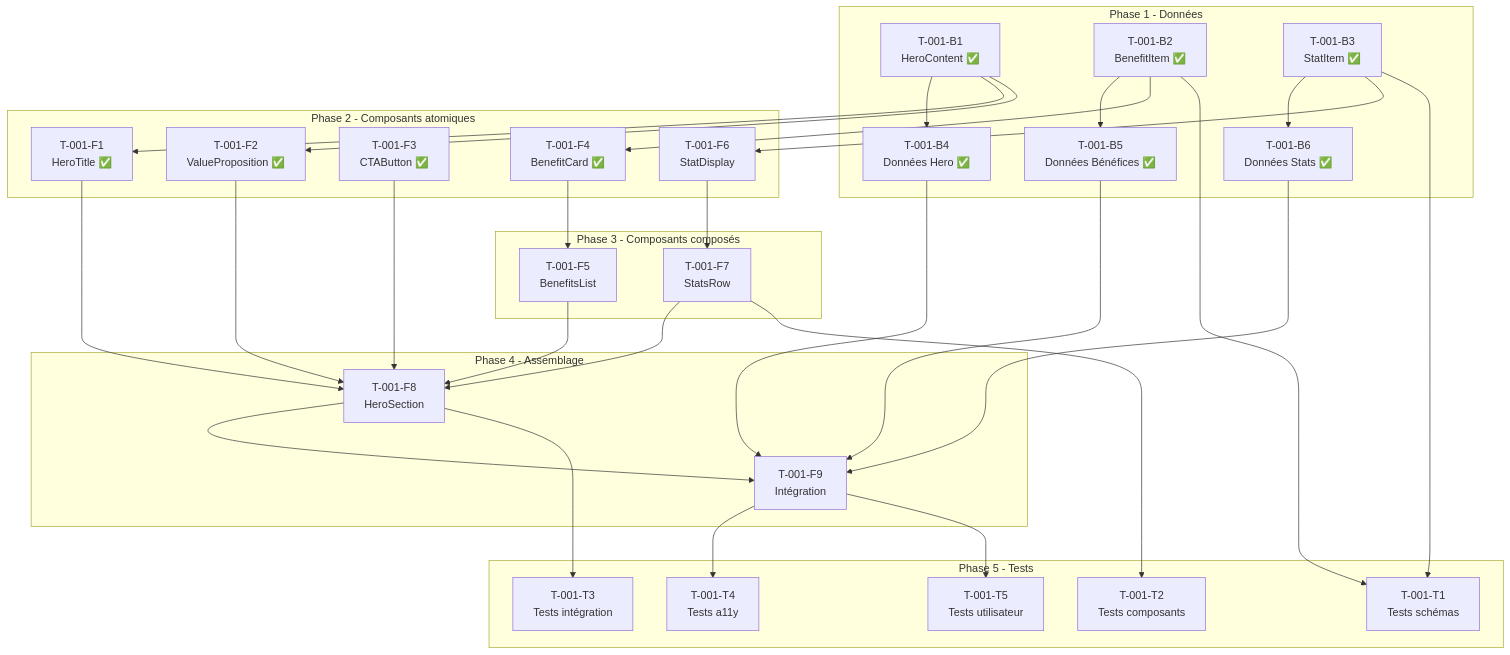
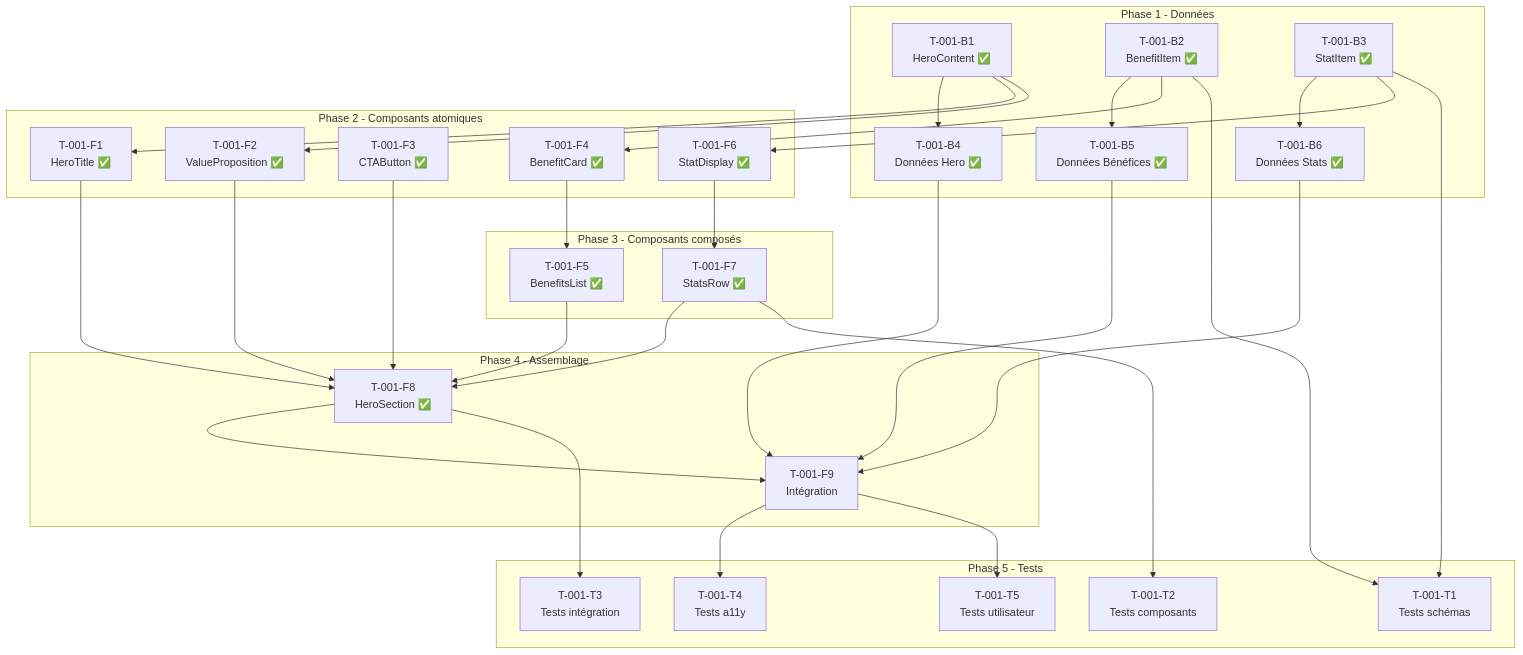
Before and after one commit to everssteeve/AIADwebsite: the diagram in docs/specs/US-001/spec.md, drawn with Mermaid. The commit also changed other lines of this file and 4 other files, not shown here.

````diff
--- a/docs/specs/US-001/spec.md
+++ b/docs/specs/US-001/spec.md
@@ -105,66 +105,66 @@
 ```mermaid
 graph TD
     subgraph "Phase 1 - Données"
         B1[T-001-B1<br/>HeroContent ✅]
         B2[T-001-B2<br/>BenefitItem ✅]
         B3[T-001-B3<br/>StatItem ✅]
         B4[T-001-B4<br/>Données Hero ✅]
         B5[T-001-B5<br/>Données Bénéfices ✅]
         B6[T-001-B6<br/>Données Stats ✅]
     end
 
     subgraph "Phase 2 - Composants atomiques"
         F1[T-001-F1<br/>HeroTitle ✅]
         F2[T-001-F2<br/>ValueProposition ✅]
         F3[T-001-F3<br/>CTAButton ✅]
         F4[T-001-F4<br/>BenefitCard ✅]
-        F6[T-001-F6<br/>StatDisplay]
+        F6[T-001-F6<br/>StatDisplay ✅]
     end
 
     subgraph "Phase 3 - Composants composés"
-        F5[T-001-F5<br/>BenefitsList]
-        F7[T-001-F7<br/>StatsRow]
+        F5[T-001-F5<br/>BenefitsList ✅]
+        F7[T-001-F7<br/>StatsRow ✅]
     end
 
     subgraph "Phase 4 - Assemblage"
-        F8[T-001-F8<br/>HeroSection]
+        F8[T-001-F8<br/>HeroSection ✅]
         F9[T-001-F9<br/>Intégration]
     end
 
     subgraph "Phase 5 - Tests"
         T1[T-001-T1<br/>Tests schémas]
         T2[T-001-T2<br/>Tests composants]
         T3[T-001-T3<br/>Tests intégration]
         T4[T-001-T4<br/>Tests a11y]
         T5[T-001-T5<br/>Tests utilisateur]
     end
 
     B1 --> B4
     B1 --> F1
     B1 --> F2
     B2 --> B5
     B2 --> F4
     B3 --> B6
     B3 --> F6
 
     F4 --> F5
     F6 --> F7
 
     F1 --> F8
     F2 --> F8
     F3 --> F8
     F5 --> F8
     F7 --> F8
 
     F8 --> F9
     B4 --> F9
     B5 --> F9
     B6 --> F9
 
     B2 --> T1
     B3 --> T1
     F7 --> T2
     F8 --> T3
     F9 --> T4
     F9 --> T5
 ```
````
